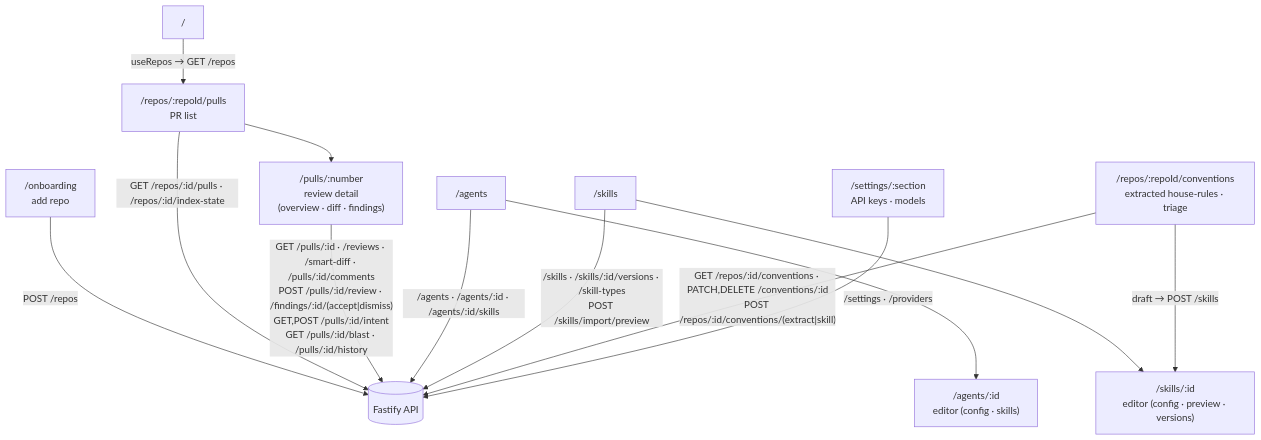
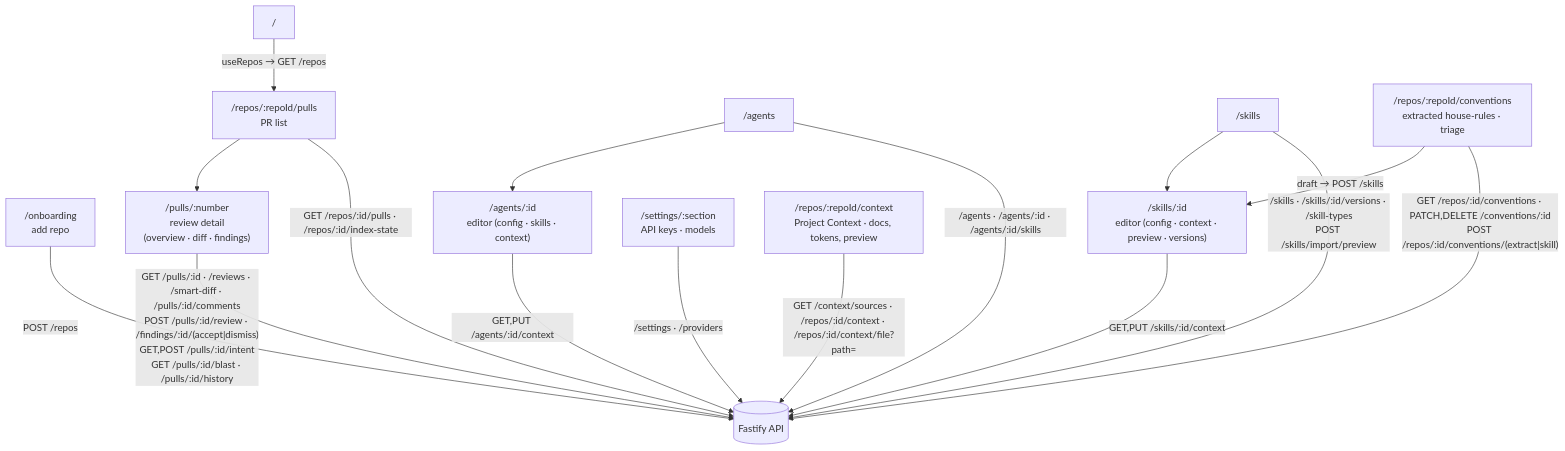
One commit to kosyakovr/dev-digest changed the diagram in client/README.md. Above: the diagram before and after it, drawn with Mermaid. The commit also changed 104 other files, not shown here.

First line of the commit message:
feat(context): attach repo docs to agents and skills as project context (L05)

````diff
--- a/client/README.md
+++ b/client/README.md
@@ -24,18 +24,22 @@
 ```mermaid
 flowchart TD
   ROOT["/"] -->|"useRepos → GET /repos"| PULLS["/repos/:repoId/pulls<br/>PR list"]
   ONB["/onboarding<br/>add repo"] -->|"POST /repos"| API[("Fastify API")]
   PULLS --> PR["/pulls/:number<br/>review detail<br/>(overview · diff · findings)"]
 
-  AGENTS["/agents"] --> AGENT["/agents/:id<br/>editor (config · skills)"]
-  SKILLS["/skills"] --> SKILL["/skills/:id<br/>editor (config · preview · versions)"]
+  AGENTS["/agents"] --> AGENT["/agents/:id<br/>editor (config · skills · context)"]
+  SKILLS["/skills"] --> SKILL["/skills/:id<br/>editor (config · context · preview · versions)"]
   CONV["/repos/:repoId/conventions<br/>extracted house-rules · triage"] -->|"draft → POST /skills"| SKILL
   SETTINGS["/settings/:section<br/>API keys · models"]
+  CTX["/repos/:repoId/context<br/>Project Context · docs, tokens, preview"]
 
   PULLS -->|"GET /repos/:id/pulls · /repos/:id/index-state"| API
   PR -->|"GET /pulls/:id · /reviews · /smart-diff · /pulls/:id/comments<br/>POST /pulls/:id/review · /findings/:id/(accept|dismiss)<br/>GET,POST /pulls/:id/intent<br/>GET /pulls/:id/blast · /pulls/:id/history"| API
   AGENTS -->|"/agents · /agents/:id · /agents/:id/skills"| API
   SKILLS -->|"/skills · /skills/:id/versions · /skill-types<br/>POST /skills/import/preview"| API
   CONV -->|"GET /repos/:id/conventions · PATCH,DELETE /conventions/:id<br/>POST /repos/:id/conventions/(extract|skill)"| API
+  CTX -->|"GET /context/sources · /repos/:id/context · /repos/:id/context/file?path="| API
+  AGENT -->|"GET,PUT /agents/:id/context"| API
+  SKILL -->|"GET,PUT /skills/:id/context"| API
   SETTINGS -->|"/settings · /providers"| API
 ```
````
